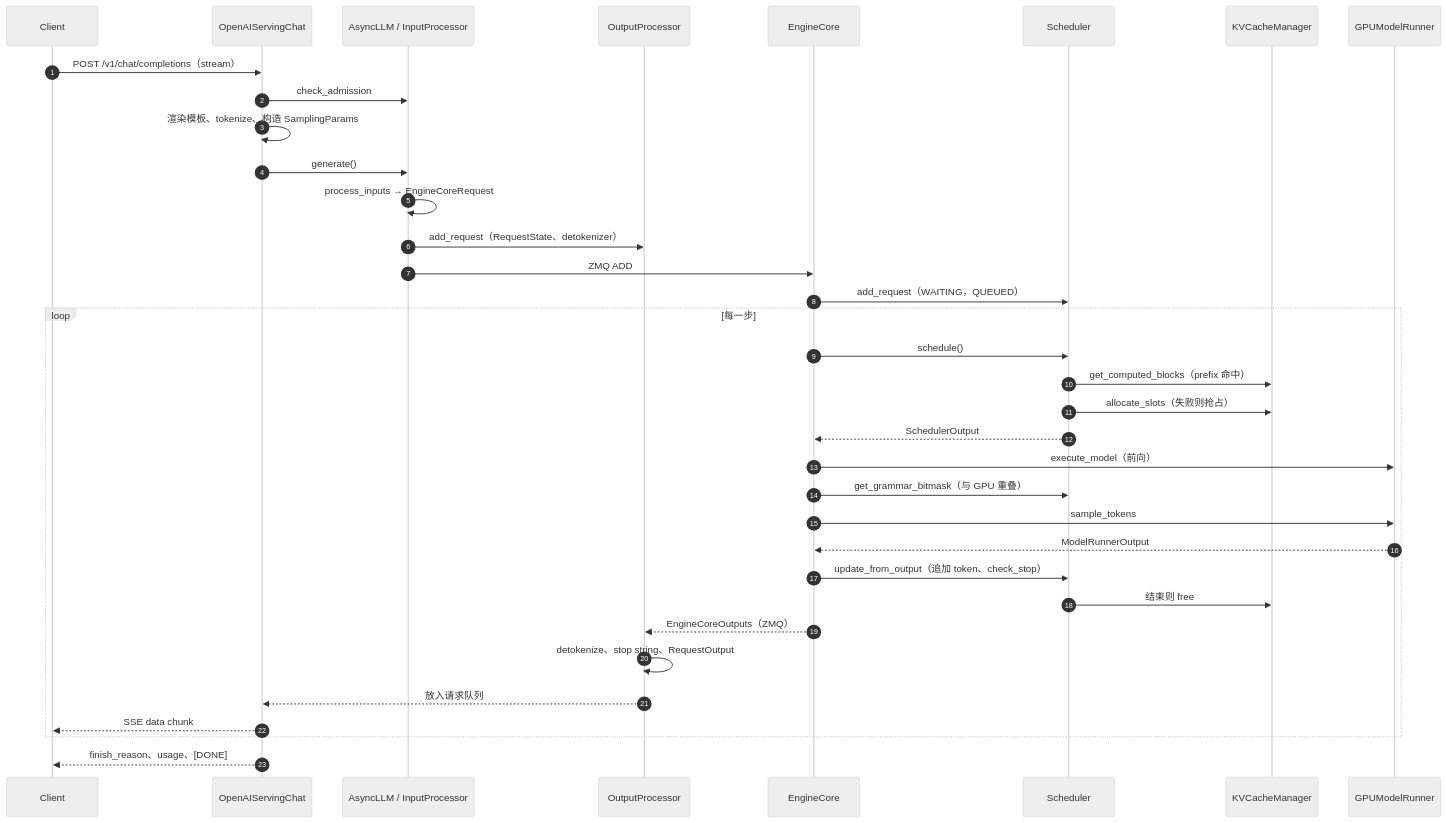
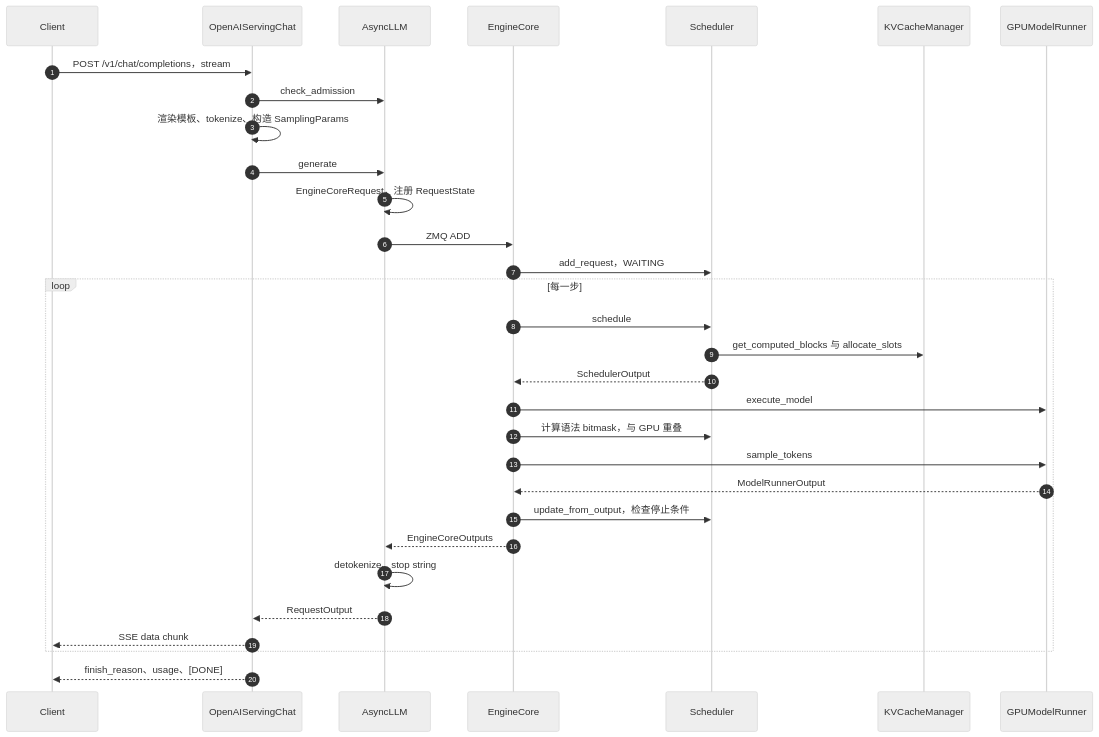
Before and after one commit to wxquare/wxquare.github.io: the ninth of 18 diagrams in books/ai-book/src/part2/03-inference.md, drawn with Mermaid (neutral theme). The commit also changed other lines of this file and 4 other files, not shown here.

````diff
--- a/books/ai-book/src/part2/03-inference.md
+++ b/books/ai-book/src/part2/03-inference.md
@@ -1215,37 +502,33 @@
 ```mermaid
 sequenceDiagram
     autonumber
     participant C as Client
     participant API as OpenAIServingChat
-    participant AL as AsyncLLM / InputProcessor
-    participant OP as OutputProcessor
+    participant AL as AsyncLLM
     participant EC as EngineCore
     participant S as Scheduler
     participant KV as KVCacheManager
     participant MR as GPUModelRunner
-    C->>API: POST /v1/chat/completions（stream）
+    C->>API: POST /v1/chat/completions，stream
     API->>AL: check_admission
     API->>API: 渲染模板、tokenize、构造 SamplingParams
-    API->>AL: generate()
-    AL->>AL: process_inputs → EngineCoreRequest
-    AL->>OP: add_request（RequestState、detokenizer）
+    API->>AL: generate
+    AL->>AL: EngineCoreRequest，注册 RequestState
     AL->>EC: ZMQ ADD
-    EC->>S: add_request（WAITING，QUEUED）
+    EC->>S: add_request，WAITING
     loop 每一步
-        EC->>S: schedule()
-        S->>KV: get_computed_blocks（prefix 命中）
-        S->>KV: allocate_slots（失败则抢占）
+        EC->>S: schedule
+        S->>KV: get_computed_blocks 与 allocate_slots
         S-->>EC: SchedulerOutput
-        EC->>MR: execute_model（前向）
-        EC->>S: get_grammar_bitmask（与 GPU 重叠）
+        EC->>MR: execute_model
+        EC->>S: 计算语法 bitmask，与 GPU 重叠
         EC->>MR: sample_tokens
         MR-->>EC: ModelRunnerOutput
-        EC->>S: update_from_output（追加 token、check_stop）
-        S->>KV: 结束则 free
-        EC-->>OP: EngineCoreOutputs（ZMQ）
-        OP->>OP: detokenize、stop string、RequestOutput
-        OP-->>API: 放入请求队列
+        EC->>S: update_from_output，检查停止条件
+        EC-->>AL: EngineCoreOutputs
+        AL->>AL: detokenize、stop string
+        AL-->>API: RequestOutput
         API-->>C: SSE data chunk
     end
     API-->>C: finish_reason、usage、[DONE]
 ```
````
